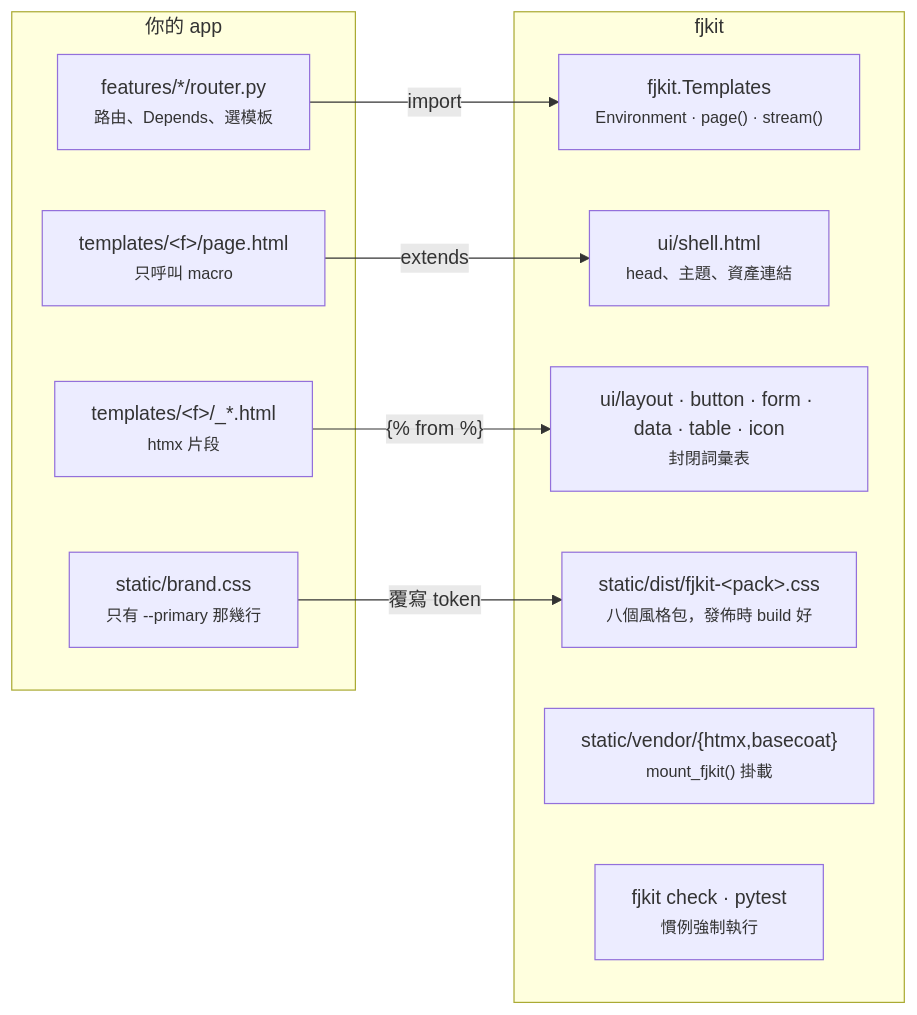
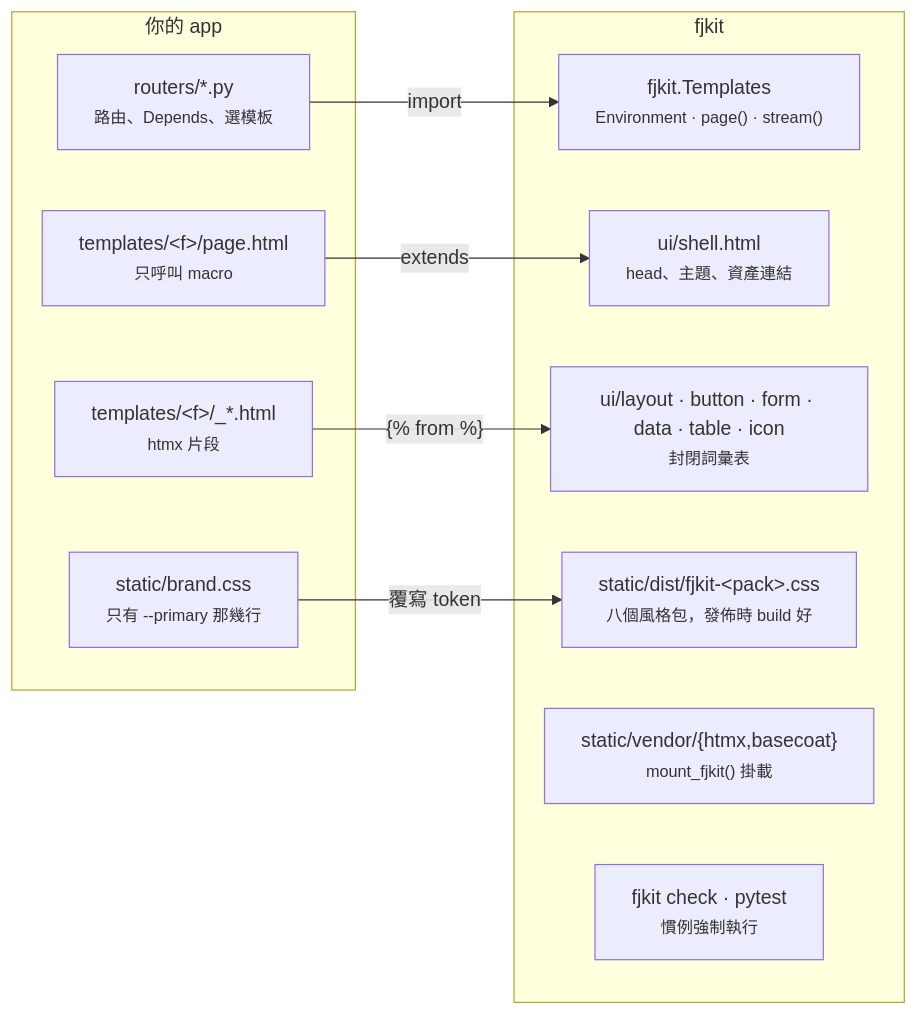
One commit to liweicheng00/fjkit changed the first of 5 diagrams in docs/architecture.md. Above: the diagram before and after it, drawn with Mermaid. The commit also changed 20 other files, not shown here.

````diff
--- a/docs/architecture.md
+++ b/docs/architecture.md
@@ -11,23 +11,23 @@
 ```mermaid
 flowchart LR
   subgraph you["你的 app"]
-    R["features/*/router.py<br/><small>路由、Depends、選模板</small>"]
+    R["routers/*.py<br/><small>路由、Depends、選模板</small>"]
     P["templates/&lt;f&gt;/page.html<br/><small>只呼叫 macro</small>"]
     T["templates/&lt;f&gt;/_*.html<br/><small>htmx 片段</small>"]
     B["static/brand.css<br/><small>只有 --primary 那幾行</small>"]
   end
 
   subgraph kit["fjkit"]
     K1["fjkit.Templates<br/><small>Environment · page() · stream()</small>"]
     K2["ui/shell.html<br/><small>head、主題、資產連結</small>"]
     K3["ui/layout · button · form · data · table · icon<br/><small>封閉詞彙表</small>"]
     K4["static/dist/fjkit-&lt;pack&gt;.css<br/><small>八個風格包，發佈時 build 好</small>"]
     K5["static/vendor/{htmx,basecoat}<br/><small>mount_fjkit() 掛載</small>"]
     K6["fjkit check · pytest<br/><small>慣例強制執行</small>"]
   end
 
   R -->|import| K1
   P -->|extends| K2
   T -->|"{% from %}"| K3
   B -->|覆寫 token| K4
 ```
````
